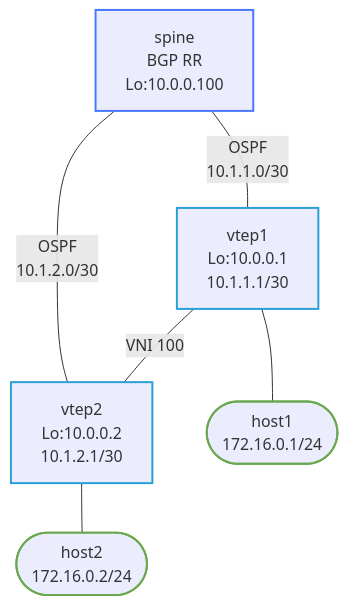
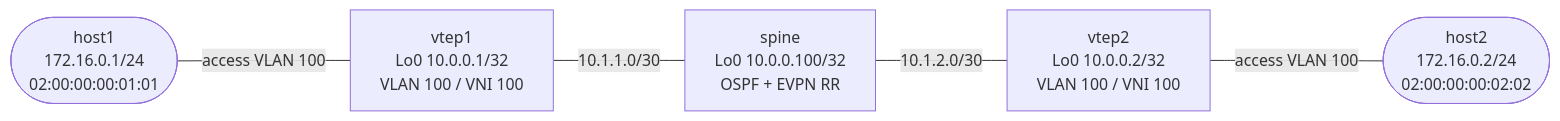
Before and after one commit to jschless/networkingLabs: the diagram in labs/debug-vxlan-evpn/README.md, drawn with Mermaid. The commit also changed other lines of this file and 198 other files, not shown here.

````diff
--- a/labs/debug-vxlan-evpn/README.md
+++ b/labs/debug-vxlan-evpn/README.md
@@ -16,21 +14,13 @@
 ```mermaid
-flowchart TB
-    spine["spine<br/>BGP RR<br/>Lo:10.0.0.100"]
-    vtep1["vtep1<br/>Lo:10.0.0.1<br/>10.1.1.1/30"]
-    vtep2["vtep2<br/>Lo:10.0.0.2<br/>10.1.2.1/30"]
-    host1(["host1<br/>172.16.0.1/24"])
-    host2(["host2<br/>172.16.0.2/24"])
+flowchart LR
+    host1(["host1<br/>172.16.0.1/24<br/>02:00:00:00:01:01"])
+    vtep1["vtep1<br/>Lo0 10.0.0.1/32<br/>VLAN 100 / VNI 100"]
+    spine["spine<br/>Lo0 10.0.0.100/32<br/>OSPF + EVPN RR"]
+    vtep2["vtep2<br/>Lo0 10.0.0.2/32<br/>VLAN 100 / VNI 100"]
+    host2(["host2<br/>172.16.0.2/24<br/>02:00:00:00:02:02"])
 
-    spine -- "OSPF<br/>10.1.1.0/30" --- vtep1
-    spine -- "OSPF<br/>10.1.2.0/30" --- vtep2
-    vtep1 -- "VNI 100" --- vtep2
-    vtep1 --- host1
-    vtep2 --- host2
-
-    classDef spine stroke:#4778ff,stroke-width:2px
-    classDef vtep stroke:#2a9fd6,stroke-width:2px
-    classDef host stroke:#6aa84f,stroke-width:2px
-    class spine spine
-    class vtep1,vtep2 vtep
-    class host1,host2 host
+    host1 ---|"access VLAN 100"| vtep1
+    vtep1 ---|"10.1.1.0/30"| spine
+    spine ---|"10.1.2.0/30"| vtep2
+    vtep2 ---|"access VLAN 100"| host2
 ```
````
